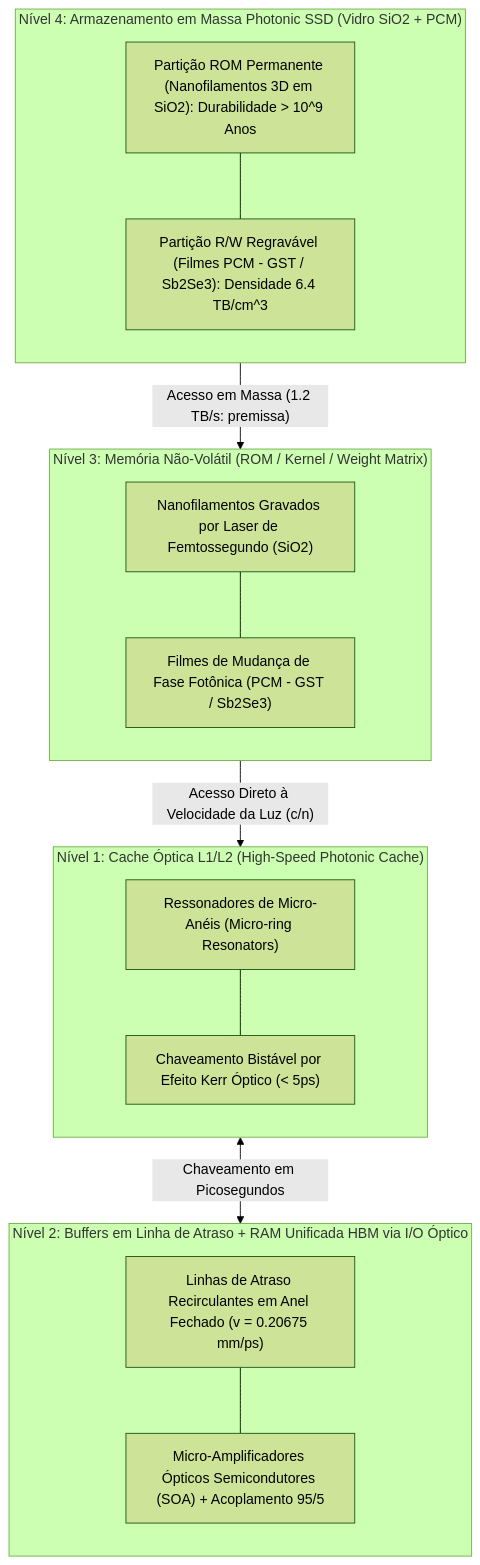
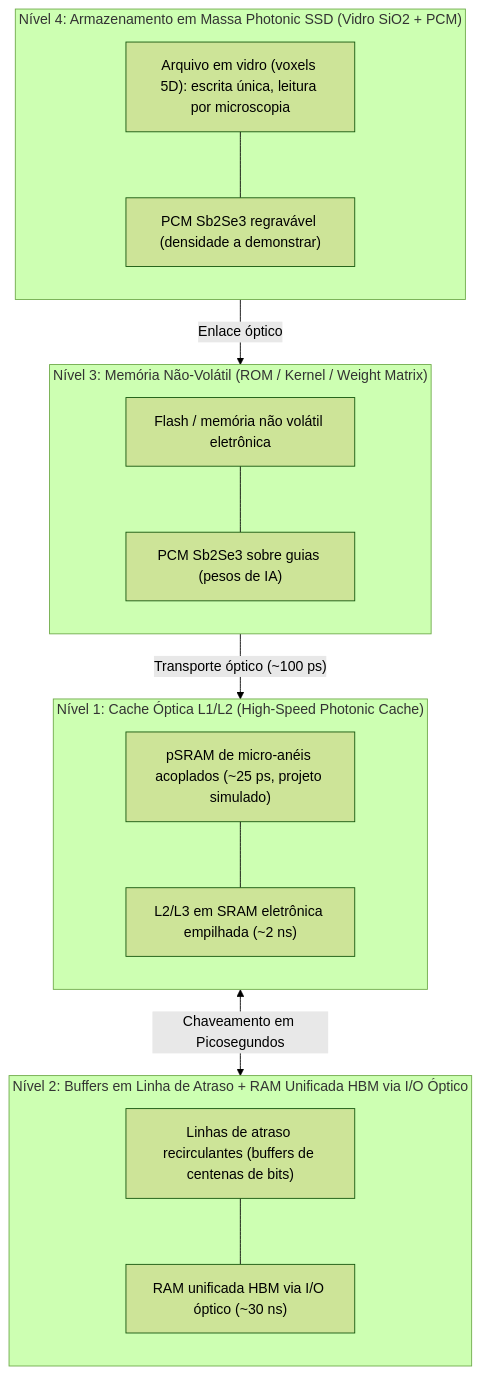
Before and after one commit to Roliveira96/SilicaCore: the diagram in docs/architecture/04-hierarquia-de-memoria-optica.md, drawn with Mermaid (forest theme). The commit also changed other lines of this file and 18 other files, not shown here.

````diff
--- a/docs/architecture/04-hierarquia-de-memoria-optica.md
+++ b/docs/architecture/04-hierarquia-de-memoria-optica.md
@@ -9,34 +11,34 @@
 ```mermaid
 flowchart TD
     subgraph Camada4["Nível 4: Armazenamento em Massa Photonic SSD (Vidro SiO2 + PCM)"]
         direction TB
-        S1["Partição ROM Permanente (Nanofilamentos 3D em SiO2): Durabilidade > 10^9 Anos"]
-        S2["Partição R/W Regravável (Filmes PCM - GST / Sb2Se3): Densidade 6.4 TB/cm^3"]
+        S1["Arquivo em vidro (voxels 5D): escrita única, leitura por microscopia"]
+        S2["PCM Sb2Se3 regravável (densidade a demonstrar)"]
         S1 --- S2
     end
 
     subgraph Camada3["Nível 3: Memória Não-Volátil (ROM / Kernel / Weight Matrix)"]
         direction TB
-        N1["Nanofilamentos Gravados por Laser de Femtossegundo (SiO2)"]
-        N2["Filmes de Mudança de Fase Fotônica (PCM - GST / Sb2Se3)"]
+        N1["Flash / memória não volátil eletrônica"]
+        N2["PCM Sb2Se3 sobre guias (pesos de IA)"]
         N1 --- N2
     end
 
     subgraph Camada2["Nível 2: Buffers em Linha de Atraso + RAM Unificada HBM via I/O Óptico"]
         direction TB
-        R1["Linhas de Atraso Recirculantes em Anel Fechado (v = 0.20675 mm/ps)"]
-        R2["Micro-Amplificadores Ópticos Semicondutores (SOA) + Acoplamento 95/5"]
+        R1["Linhas de atraso recirculantes (buffers de centenas de bits)"]
+        R2["RAM unificada HBM via I/O óptico (~30 ns)"]
         R1 --- R2
     end
 
     subgraph Camada1["Nível 1: Cache Óptica L1/L2 (High-Speed Photonic Cache)"]
         direction TB
-        C1["Ressonadores de Micro-Anéis (Micro-ring Resonators)"]
-        C2["Chaveamento Bistável por Efeito Kerr Óptico (< 5ps)"]
+        C1["pSRAM de micro-anéis acoplados (~25 ps, projeto simulado)"]
+        C2["L2/L3 em SRAM eletrônica empilhada (~2 ns)"]
         C1 --- C2
     end
 
-    Camada4 -- "Acesso em Massa (1.2 TB/s: premissa)" --> Camada3
-    Camada3 -- "Acesso Direto à Velocidade da Luz (c/n)" --> Camada1
+    Camada4 -- "Enlace óptico" --> Camada3
+    Camada3 -- "Transporte óptico (~100 ps)" --> Camada1
     Camada1 <--> |"Chaveamento em Picosegundos"| Camada2
 ```
````
